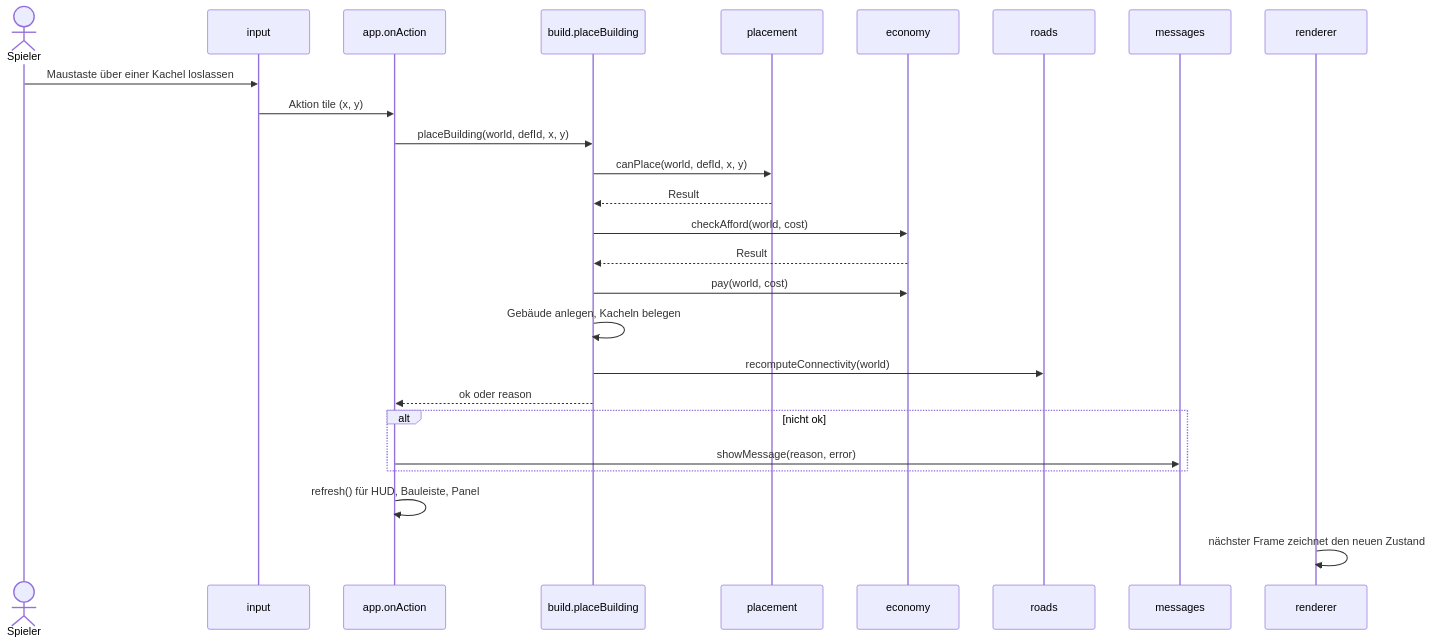
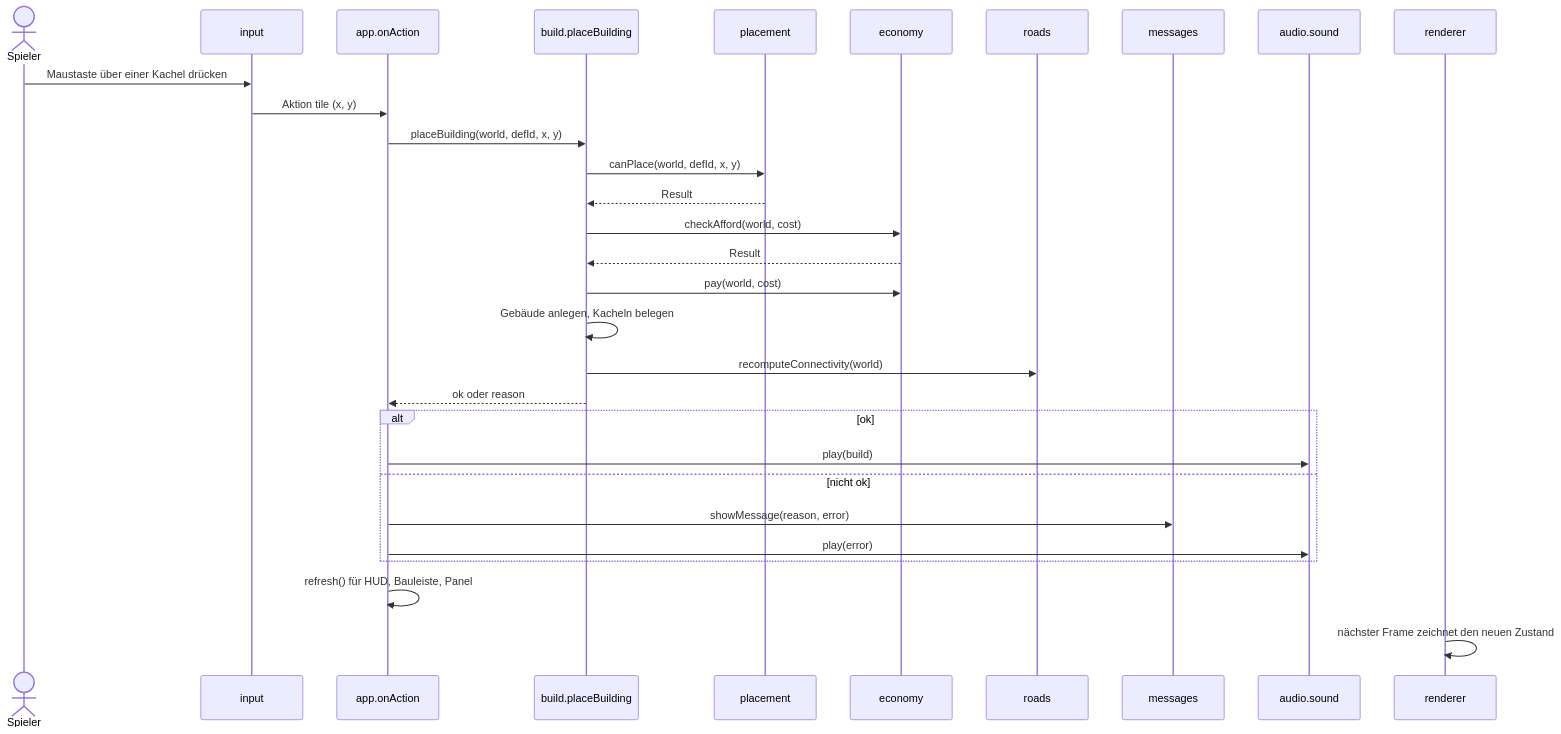
Before and after one commit to konstantinniedermann/Inselreich: the fifth of 7 diagrams in docs/arc42.md, drawn with Mermaid. The commit also changed other lines of this file and 8 other files, not shown here.

````diff
--- a/docs/arc42.md
+++ b/docs/arc42.md
@@ -186,28 +238,32 @@
 ```mermaid
 sequenceDiagram
   actor S as Spieler
   participant In as input
   participant App as app.onAction
   participant B as build.placeBuilding
   participant Pl as placement
   participant Ec as economy
   participant R as roads
   participant M as messages
+  participant Snd as audio.sound
   participant Ren as renderer
-  S->>In: Maustaste über einer Kachel loslassen
+  S->>In: Maustaste über einer Kachel drücken
   In->>App: Aktion tile (x, y)
   App->>B: placeBuilding(world, defId, x, y)
   B->>Pl: canPlace(world, defId, x, y)
   Pl-->>B: Result
   B->>Ec: checkAfford(world, cost)
   Ec-->>B: Result
   B->>Ec: pay(world, cost)
   B->>B: Gebäude anlegen, Kacheln belegen
   B->>R: recomputeConnectivity(world)
   B-->>App: ok oder reason
-  alt nicht ok
+  alt ok
+    App->>Snd: play(build)
+  else nicht ok
     App->>M: showMessage(reason, error)
+    App->>Snd: play(error)
   end
   App->>App: refresh() für HUD, Bauleiste, Panel
   Ren->>Ren: nächster Frame zeichnet den neuen Zustand
 ```
````
